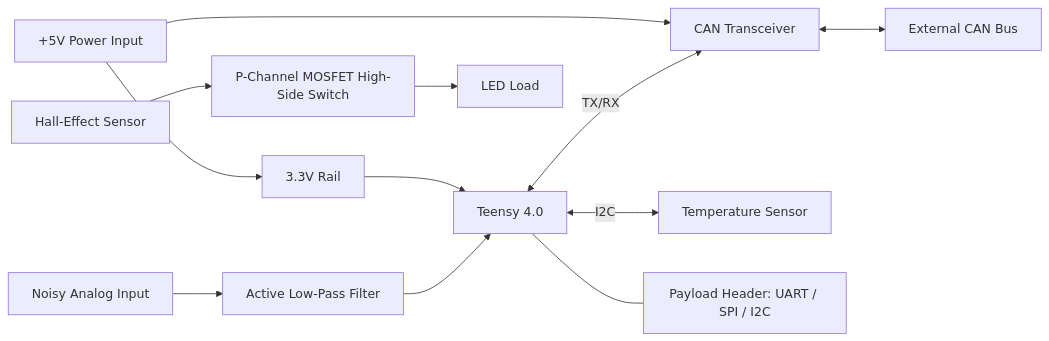
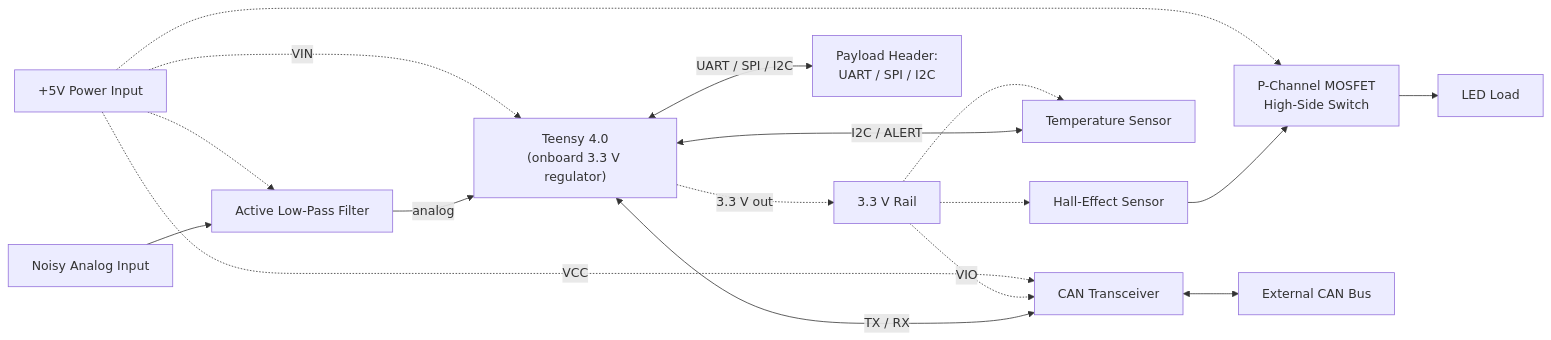
The diagram in README.md (njlin664/4-LayerPCB), drawn with Mermaid before and after one commit. The commit also changed other lines of this file, not shown here.

````diff
--- a/README.md
+++ b/README.md
@@ -59,14 +59,31 @@
 ```mermaid
 flowchart LR
-    PWR[+5V Power Input] --> REG[3.3V Rail]
-    PWR --> CAN
-    REG --> MCU[Teensy 4.0]
-    MCU <-->|I2C| TEMP[Temperature Sensor]
-    MCU <-->|TX/RX| CAN[CAN Transceiver]
-    CAN <--> BUS[External CAN Bus]
-    SIG[Noisy Analog Input] --> LPF[Active Low-Pass Filter]
-    LPF --> MCU
-    HALL[Hall-Effect Sensor] --> PFET[P-Channel MOSFET High-Side Switch]
-    PFET --> LOAD[LED Load]
-    MCU --- PAY[Payload Header: UART / SPI / I2C]
+    PWR["+5V Power Input"]
+    T["Teensy 4.0<br/>(onboard 3.3 V regulator)"]
+    R33["3.3 V Rail"]
+    HALL["Hall-Effect Sensor"]
+    MOS["P-Channel MOSFET<br/>High-Side Switch"]
+    LED["LED Load"]
+    NOISE["Noisy Analog Input"]
+    LPF["Active Low-Pass Filter"]
+    TEMP["Temperature Sensor"]
+    PAY["Payload Header:<br/>UART / SPI / I2C"]
+    CAN["CAN Transceiver"]
+    BUS["External CAN Bus"]
+
+    PWR -.->|"VIN"| T
+    T -.->|"3.3 V out"| R33
+    PWR -.-> MOS
+    PWR -.-> LPF
+    PWR -.->|"VCC"| CAN
+    R33 -.-> HALL
+    R33 -.-> TEMP
+    R33 -.->|"VIO"| CAN
+
+    HALL --> MOS --> LED
+    NOISE --> LPF -->|"analog"| T
+    T <-->|"I2C / ALERT"| TEMP
+    T <-->|"UART / SPI / I2C"| PAY
+    T <-->|"TX / RX"| CAN
+    CAN <--> BUS
 ```
````
